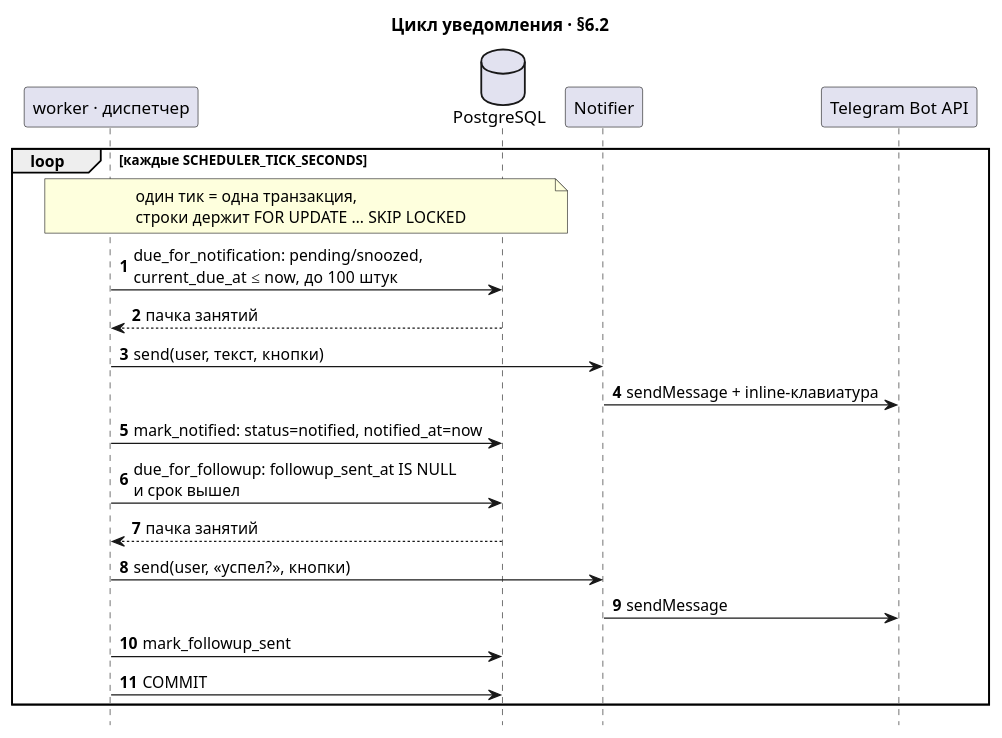
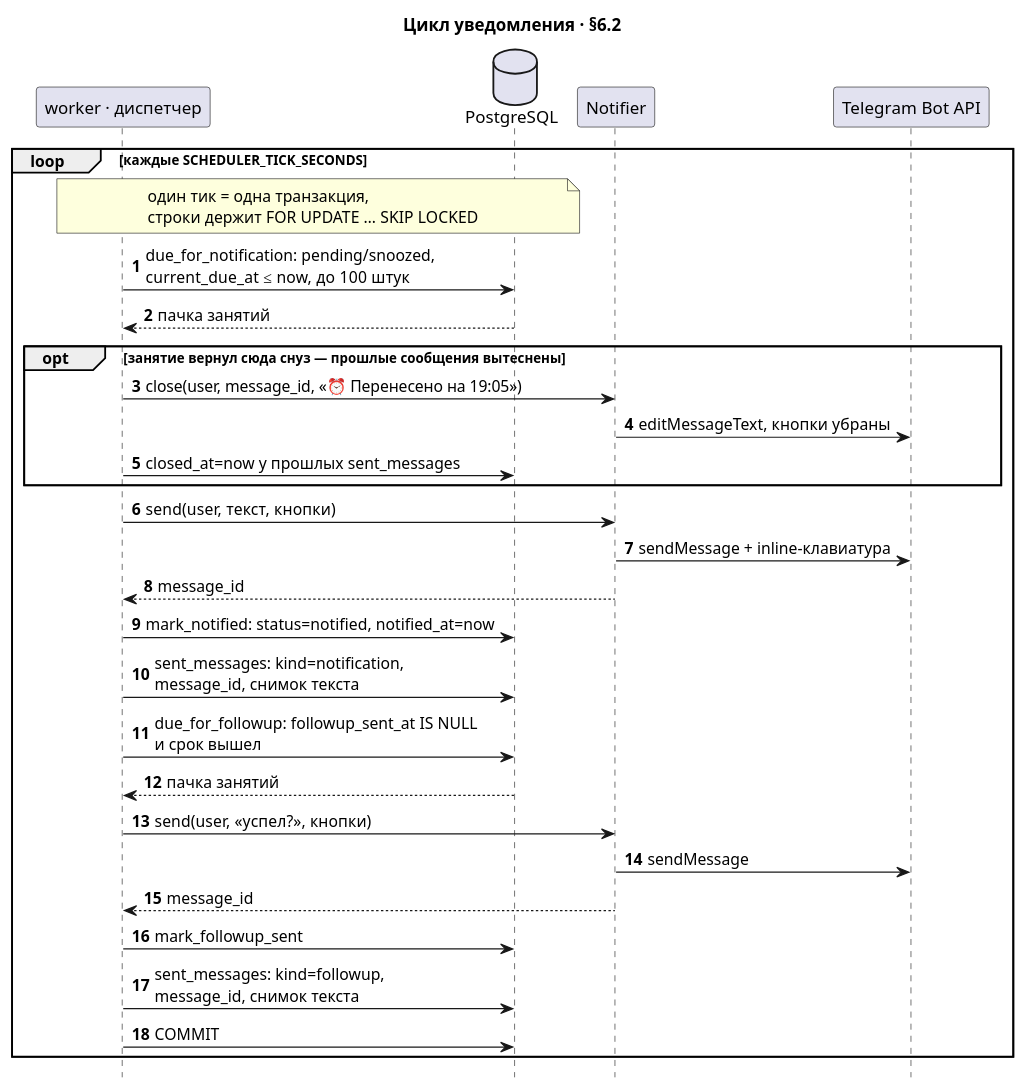
The third of 7 diagrams in docs/architecture.md (zloyDenzel28/habit-tracker), drawn with PlantUML before and after one commit. The commit also changed other lines of this file and 1 other file, not shown here.

First line of the commit message:
Диаграммы: sent_messages в ERD, пятый сиквенс про веб и чат

````diff
--- a/docs/architecture.md
+++ b/docs/architecture.md
@@ -158,33 +160,42 @@
 ```plantuml
 @startuml notification-cycle
 autonumber
 hide footbox
 title Цикл уведомления · §6.2
 
 participant "worker · диспетчер" as W
 database "PostgreSQL" as DB
 participant "Notifier" as N
 participant "Telegram Bot API" as TG
 
 loop каждые SCHEDULER_TICK_SECONDS
     note over W, DB
         один тик = одна транзакция,
         строки держит FOR UPDATE … SKIP LOCKED
     end note
 
     W -> DB: due_for_notification: pending/snoozed,\ncurrent_due_at ≤ now, до 100 штук
     DB --> W: пачка занятий
+    opt занятие вернул сюда снуз — прошлые сообщения вытеснены
+        W -> N: close(user, message_id, «⏰ Перенесено на 19:05»)
+        N -> TG: editMessageText, кнопки убраны
+        W -> DB: closed_at=now у прошлых sent_messages
+    end
     W -> N: send(user, текст, кнопки)
     N -> TG: sendMessage + inline-клавиатура
+    N --> W: message_id
     W -> DB: mark_notified: status=notified, notified_at=now
+    W -> DB: sent_messages: kind=notification,\nmessage_id, снимок текста
 
     W -> DB: due_for_followup: followup_sent_at IS NULL\nи срок вышел
     DB --> W: пачка занятий
     W -> N: send(user, «успел?», кнопки)
     N -> TG: sendMessage
+    N --> W: message_id
     W -> DB: mark_followup_sent
+    W -> DB: sent_messages: kind=followup,\nmessage_id, снимок текста
 
     W -> DB: COMMIT
 end
 @enduml
 ```
````
